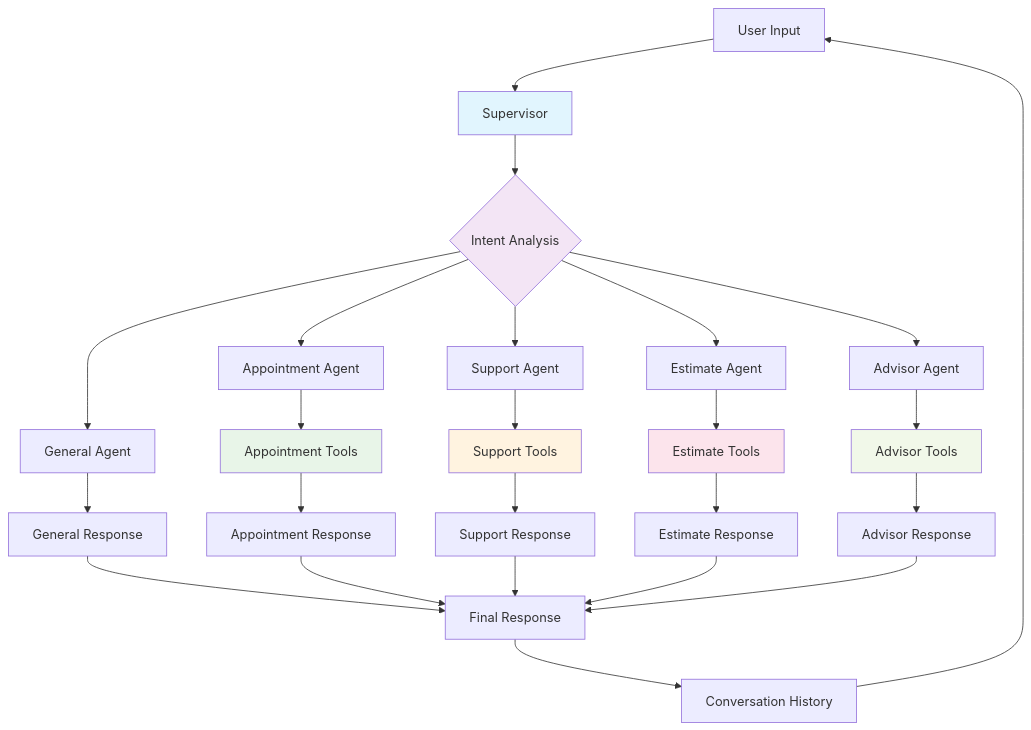
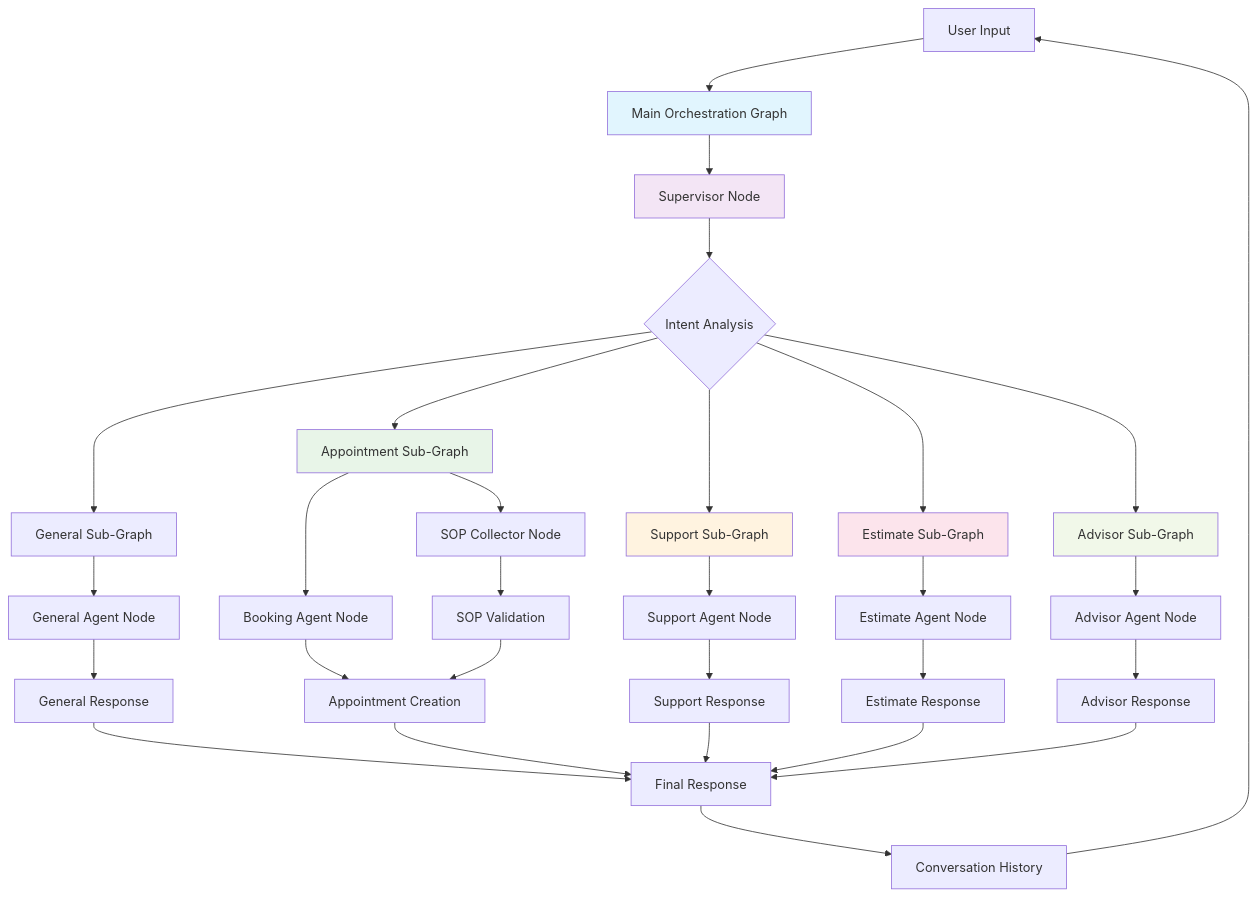
One commit to pathak-vikash/multiagent-with-command changed the first of 3 diagrams in README.md. Above: the diagram before and after it, drawn with Mermaid. The commit also changed other lines of this file and 39 other files, not shown here.

First line of the commit message:
feat: Implement modular orchestration architecture with sub-graphs

````diff
--- a/README.md
+++ b/README.md
@@ -33,37 +34,42 @@
 ```mermaid
 graph TD
-    A[User Input] --> B[Supervisor]
-    B --> C{Intent Analysis}
-    C --> D[General Agent]
-    C --> E[Appointment Agent]
-    C --> F[Support Agent]
-    C --> G[Estimate Agent]
-    C --> H[Advisor Agent]
+    A[User Input] --> B[Main Orchestration Graph]
+    B --> C[Supervisor Node]
+    C --> D{Intent Analysis}
+    D --> E[General Sub-Graph]
+    D --> F[Appointment Sub-Graph]
+    D --> G[Support Sub-Graph]
+    D --> H[Estimate Sub-Graph]
+    D --> I[Advisor Sub-Graph]
     
-    D --> I[General Response]
-    E --> J[Appointment Tools]
-    F --> K[Support Tools]
-    G --> L[Estimate Tools]
-    H --> M[Advisor Tools]
+    E --> J[General Agent Node]
+    F --> K[SOP Collector Node]
+    F --> L[Booking Agent Node]
+    G --> M[Support Agent Node]
+    H --> N[Estimate Agent Node]
+    I --> O[Advisor Agent Node]
     
-    J --> N[Appointment Response]
-    K --> O[Support Response]
-    L --> P[Estimate Response]
-    M --> Q[Advisor Response]
+    J --> P[General Response]
+    K --> Q[SOP Validation]
+    L --> R[Appointment Creation]
+    M --> S[Support Response]
+    N --> T[Estimate Response]
+    O --> U[Advisor Response]
     
-    I --> R[Final Response]
-    N --> R
-    O --> R
-    P --> R
+    P --> V[Final Response]
     Q --> R
+    R --> V
+    S --> V
+    T --> V
+    U --> V
     
-    R --> S[Conversation History]
-    S --> A
+    V --> W[Conversation History]
+    W --> A
     
     style B fill:#e1f5fe
     style C fill:#f3e5f5
-    style J fill:#e8f5e8
-    style K fill:#fff3e0
-    style L fill:#fce4ec
-    style M fill:#f1f8e9
+    style F fill:#e8f5e8
+    style G fill:#fff3e0
+    style H fill:#fce4ec
+    style I fill:#f1f8e9
 ```
````
